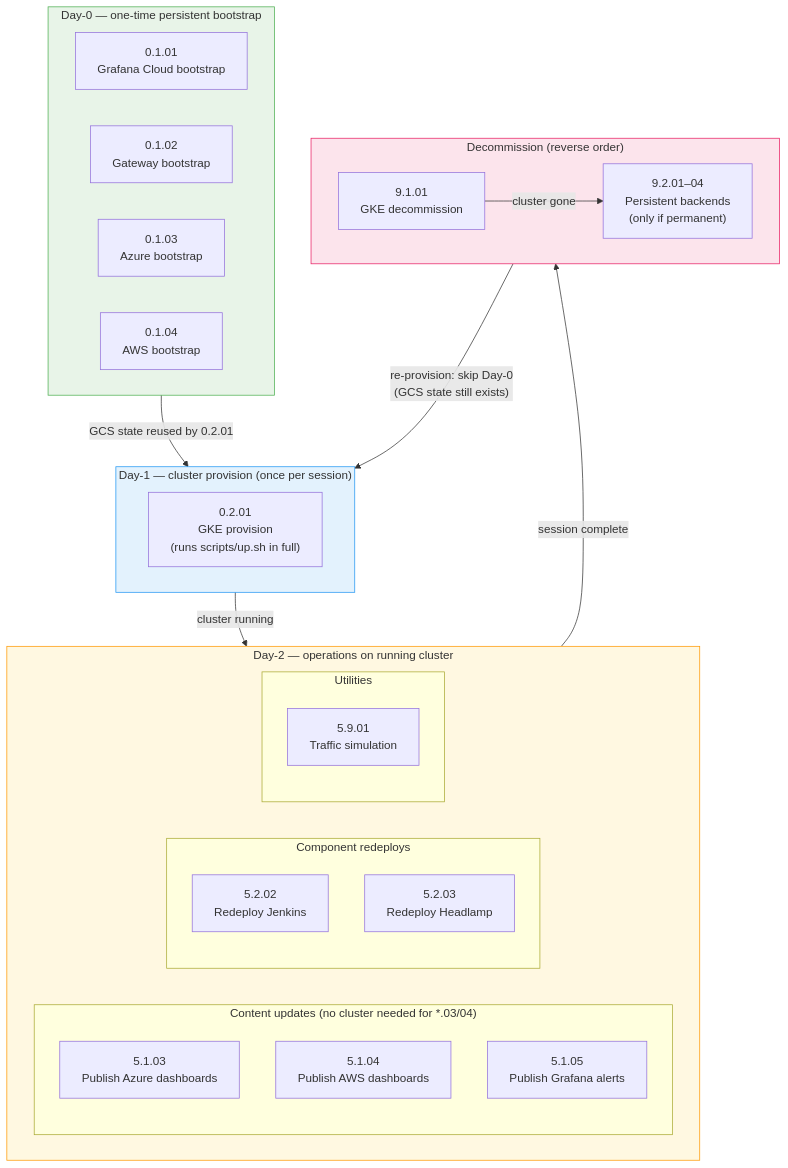
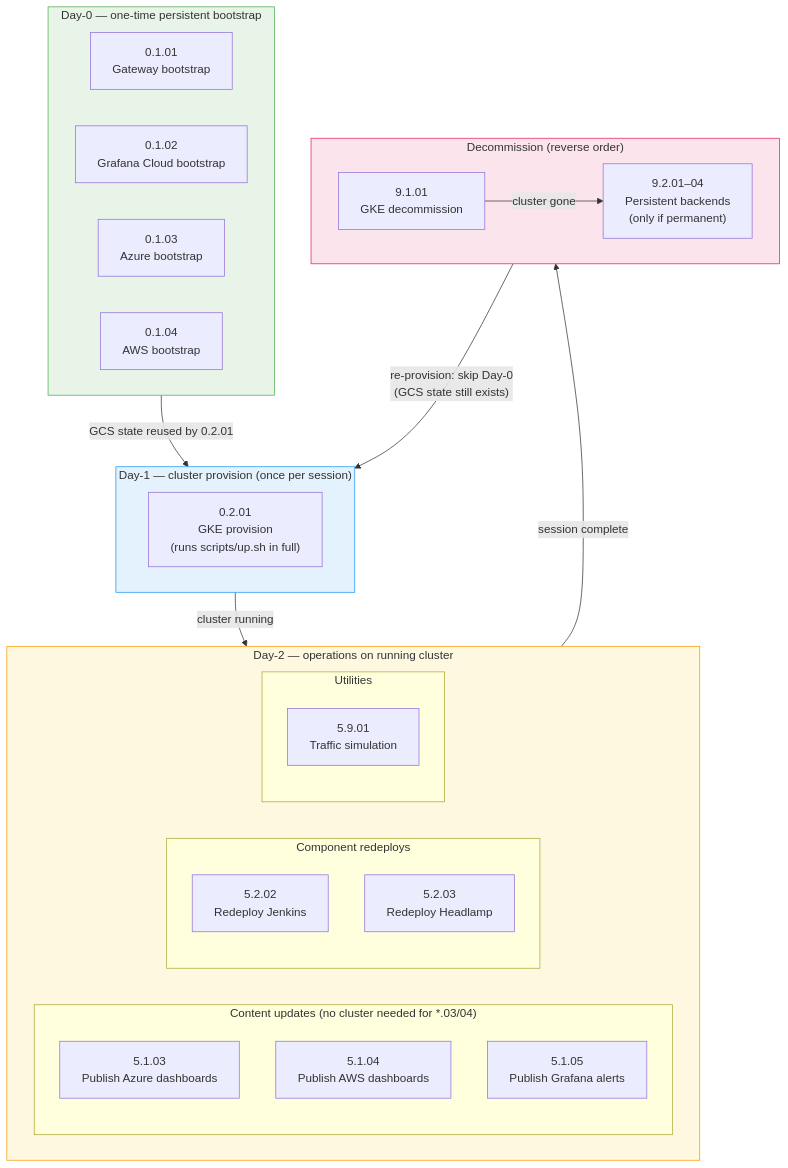
One commit to nubenetes/jenkins-2026 changed the second of 2 diagrams in docs/101-GITHUB_ACTIONS_WORKFLOWS.md. Above: the diagram before and after it, drawn with Mermaid. The commit also changed other lines of this file and 11 other files, not shown here.

````diff
--- a/docs/101-GITHUB_ACTIONS_WORKFLOWS.md
+++ b/docs/101-GITHUB_ACTIONS_WORKFLOWS.md
@@ -157,47 +157,47 @@
 ```mermaid
 flowchart TD
     subgraph D0["Day-0 — one-time persistent bootstrap"]
         direction LR
-        w0101["0.1.01\nGrafana Cloud bootstrap"]
-        w0102["0.1.02\nGateway bootstrap"]
+        w0101["0.1.01\nGateway bootstrap"]
+        w0102["0.1.02\nGrafana Cloud bootstrap"]
         w0103["0.1.03\nAzure bootstrap"]
         w0104["0.1.04\nAWS bootstrap"]
     end
 
     subgraph D1["Day-1 — cluster provision (once per session)"]
         w0201["0.2.01\nGKE provision\n(runs scripts/up.sh in full)"]
     end
 
     subgraph D2["Day-2 — operations on running cluster"]
         direction LR
         subgraph content["Content updates (no cluster needed for *.03/04)"]
             w5103["5.1.03\nPublish Azure dashboards"]
             w5104["5.1.04\nPublish AWS dashboards"]
             w5105["5.1.05\nPublish Grafana alerts"]
         end
         subgraph redeploy["Component redeploys"]
             w5202["5.2.02\nRedeploy Jenkins"]
             w5203["5.2.03\nRedeploy Headlamp"]
         end
         subgraph sim["Utilities"]
             w5901["5.9.01\nTraffic simulation"]
         end
     end
 
     subgraph DECOM["Decommission (reverse order)"]
         direction LR
         w9101["9.1.01\nGKE decommission"]
         w92xx["9.2.01–04\nPersistent backends\n(only if permanent)"]
         w9101 -->|"cluster gone"| w92xx
     end
 
     D0 -->|"GCS state reused by 0.2.01"| D1
     D1 -->|"cluster running"| D2
     D2 -->|"session complete"| DECOM
     DECOM -->|"re-provision: skip Day-0\n(GCS state still exists)"| D1
 
     style D0 fill:#e8f4e8,stroke:#4caf50
     style D1 fill:#e3f2fd,stroke:#2196f3
     style D2 fill:#fff8e1,stroke:#ff9800
     style DECOM fill:#fce4ec,stroke:#e91e63
 ```
````
